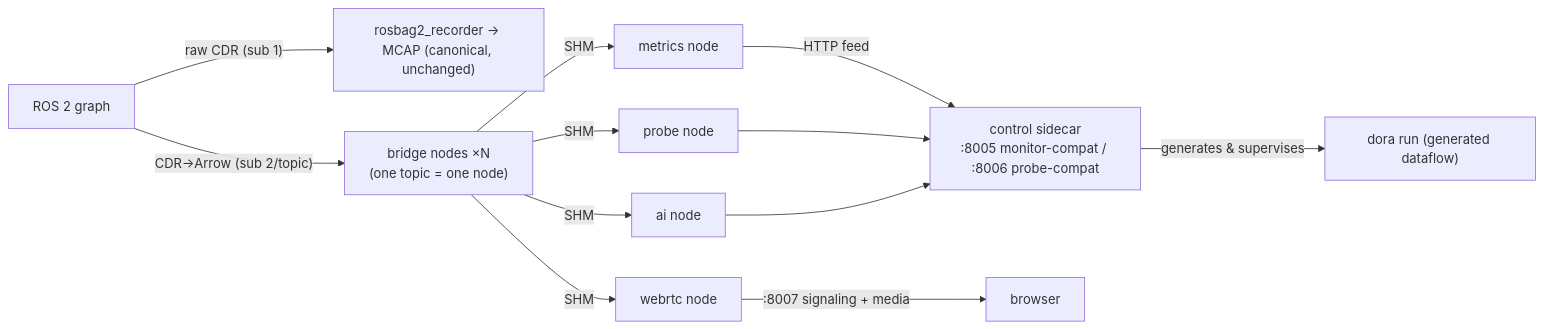
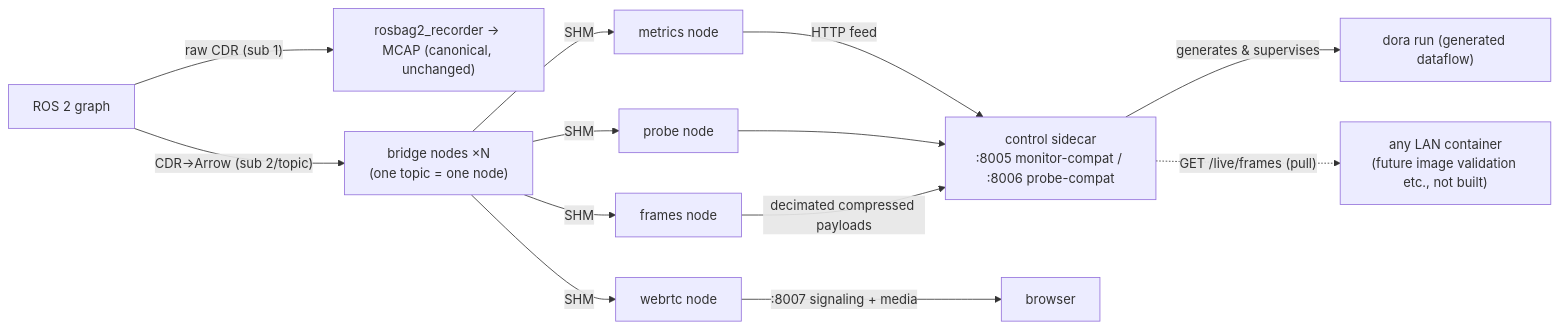
The diagram in docs/specs/en/dora_live.md (sige0002/kairos), drawn with Mermaid before and after one commit. The commit also changed other lines of this file and 31 other files, not shown here.

````diff
--- a/docs/specs/en/dora_live.md
+++ b/docs/specs/en/dora_live.md
@@ -15,11 +28,12 @@
 ```mermaid
 flowchart LR
     ROS["ROS 2 graph"] -->|"raw CDR (sub 1)"| REC["rosbag2_recorder → MCAP (canonical, unchanged)"]
     ROS -->|"CDR→Arrow (sub 2/topic)"| B["bridge nodes ×N<br/>(one topic = one node)"]
-    B -->|SHM| M["metrics node"] & P["probe node"] & A["ai node"] & W["webrtc node"]
+    B -->|SHM| M["metrics node"] & P["probe node"] & F["frames node"] & W["webrtc node"]
     M -->|HTTP feed| C["control sidecar<br/>:8005 monitor-compat / :8006 probe-compat"]
     P --> C
-    A --> C
+    F -->|"decimated compressed payloads"| C
     W -->|":8007 signaling + media"| BR["browser"]
     C -->|generates & supervises| DF["dora run (generated dataflow)"]
+    C -.->|"GET /live/frames (pull)"| EXT["any LAN container<br/>(future image validation etc., not built)"]
 ```
````
